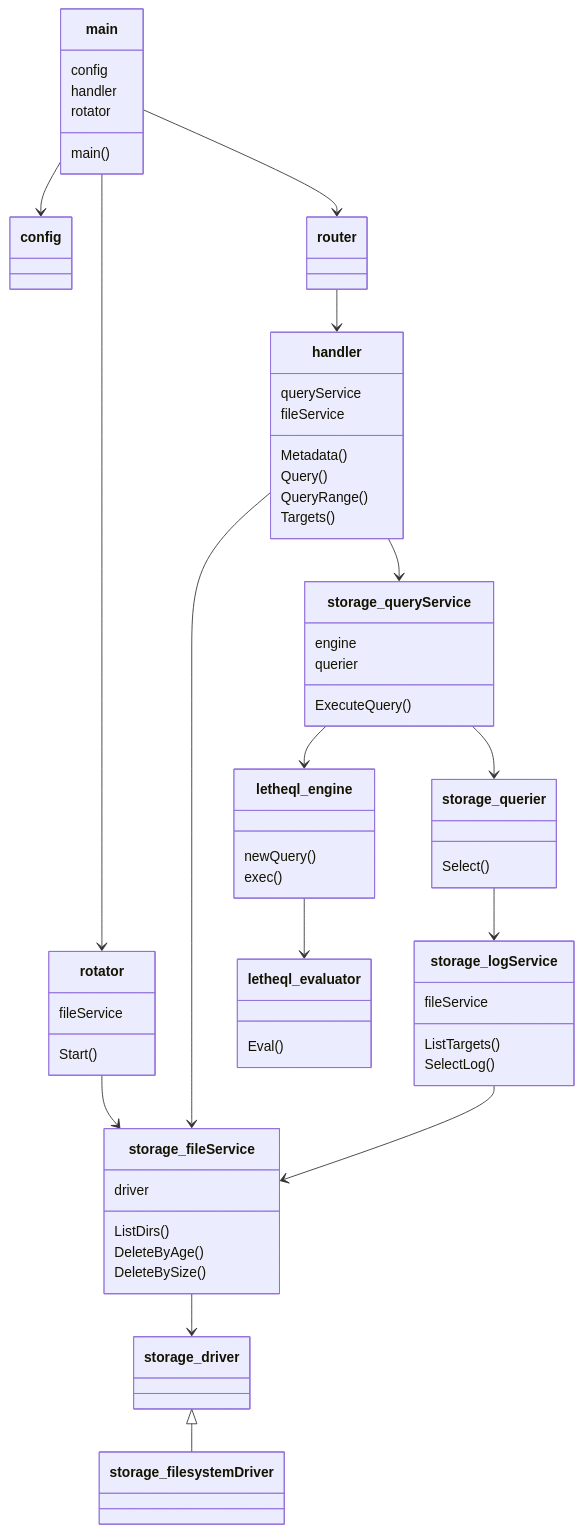
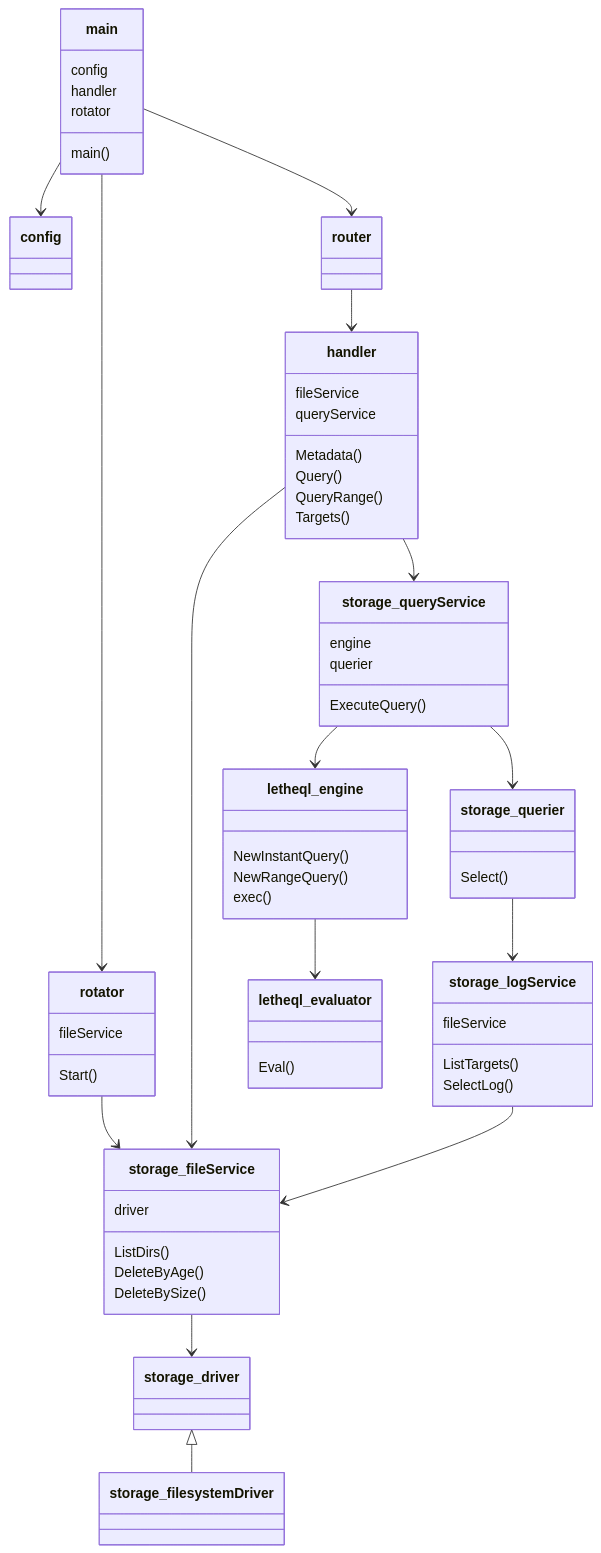
Before and after one commit to kuoss/lethe: the diagram in docs/diagram.md, drawn with Mermaid.

````diff
--- a/docs/diagram.md
+++ b/docs/diagram.md
@@ -1,79 +1,80 @@
 ```mermaid
 classDiagram
 
 main --> config
 main --> router
 main --> rotator
 
 router --> handler
 
 rotator --> storage_fileService
 
 handler --> storage_fileService
 handler --> storage_queryService
 
 storage_querier --> storage_logService
 
 storage_queryService --> storage_querier
 storage_queryService --> letheql_engine
 storage_logService --> storage_fileService
 storage_fileService --> storage_driver
 
 letheql_engine --> letheql_evaluator
 
 storage_driver <|-- storage_filesystemDriver
 
 class main {
     config
     handler
     rotator
     main()
 }
 
 class rotator {
     fileService
     Start()
 }
 
 class handler {
+    fileService
     queryService
-    fileService
     Metadata()
     Query()
     QueryRange()
     Targets()
 }
 
 class storage_querier {
     Select()
 }
 
 class storage_queryService {
     engine
     querier
     ExecuteQuery()
 }
 
 class storage_logService {
     fileService
     ListTargets()
     SelectLog()
 }
 
 class storage_fileService {
     driver
     ListDirs()
     DeleteByAge()
     DeleteBySize()
 }
 
 
 class letheql_engine {
-    newQuery()
+    NewInstantQuery()
+    NewRangeQuery()
     exec()
 }
 
 class letheql_evaluator {
     Eval()
 }
 ```
````
